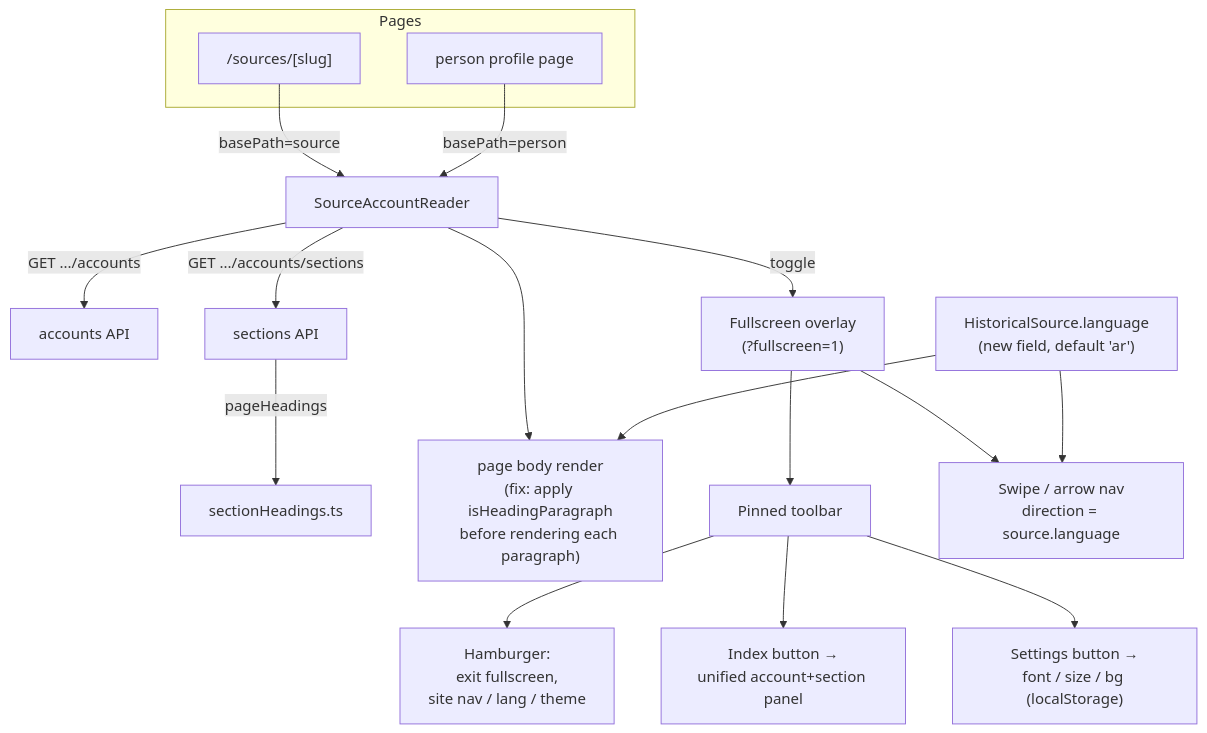
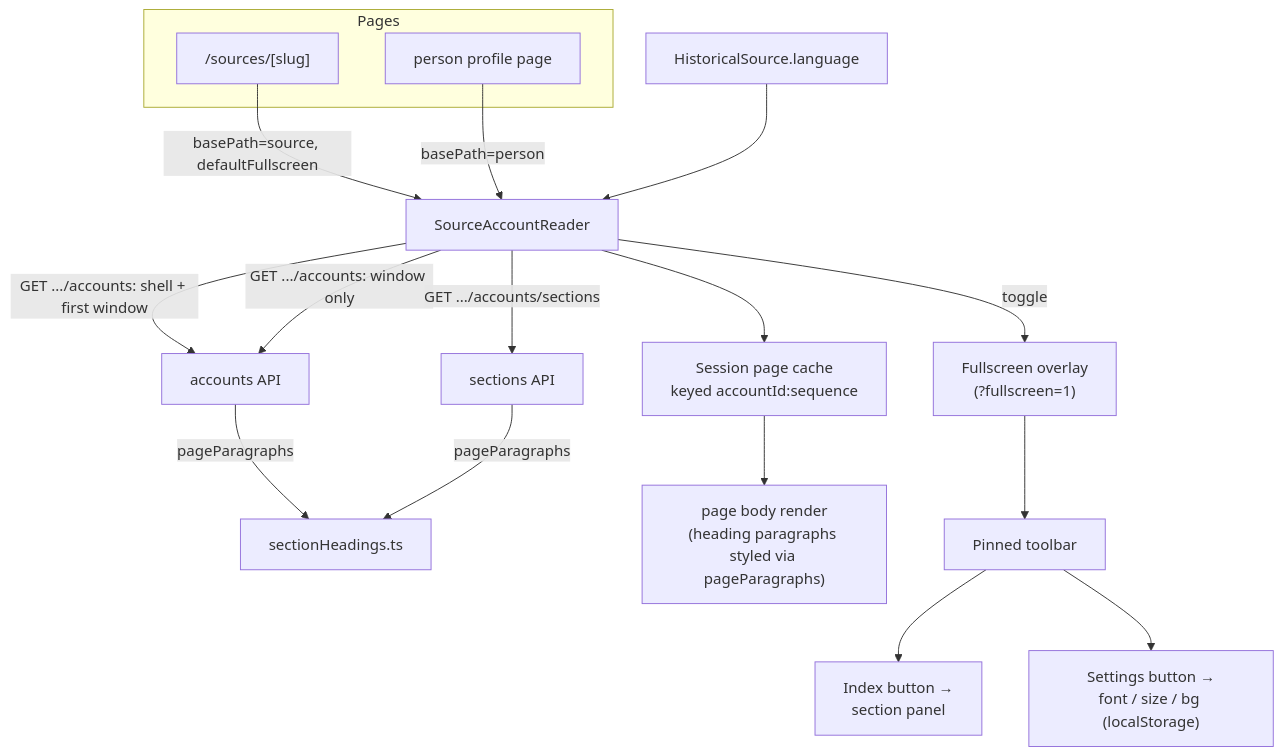
Before and after one commit to msskzx/namaq: the diagram in docs/book-reader-design.md, drawn with Mermaid. The commit also changed other lines of this file and 71 other files, not shown here.

````diff
--- a/docs/book-reader-design.md
+++ b/docs/book-reader-design.md
@@ -88,36 +69,30 @@
 ```mermaid
 flowchart TD
     subgraph Pages
         SP["/sources/[slug]"]
         PP["person profile page"]
     end
 
-    SP -->|basePath=source| SAR[SourceAccountReader]
+    SP -->|basePath=source, defaultFullscreen| SAR[SourceAccountReader]
     PP -->|basePath=person| SAR
 
-    SAR -->|GET .../accounts| API1[accounts API]
+    SAR -->|GET .../accounts: shell + first window| API1[accounts API]
+    SAR -->|GET .../accounts: window only| API1
     SAR -->|GET .../accounts/sections| API2[sections API]
-    API2 -->|pageHeadings| SH[sectionHeadings.ts]
+    API1 & API2 -->|pageParagraphs| SH[sectionHeadings.ts]
 
-    SAR --> BODY["page body render
-(fix: apply isHeadingParagraph
-before rendering each paragraph)"]
+    SAR --> CACHE["Session page cache
+keyed accountId:sequence"]
+    CACHE --> BODY["page body render
+(heading paragraphs styled via pageParagraphs)"]
 
     SAR -->|toggle| FS["Fullscreen overlay
 (?fullscreen=1)"]
     FS --> BAR["Pinned toolbar"]
-    BAR --> HAM["Hamburger:
-exit fullscreen,
-site nav / lang / theme"]
     BAR --> IDX["Index button →
-unified account+section panel"]
+section panel"]
     BAR --> SET["Settings button →
 font / size / bg (localStorage)"]
 
-    FS --> SWIPE["Swipe / arrow nav
-direction = source.language"]
-
-    HS["HistoricalSource.language
-(new field, default 'ar')"] --> SWIPE
-    HS --> BODY
+    HS["HistoricalSource.language"] --> SAR
 ```
````
